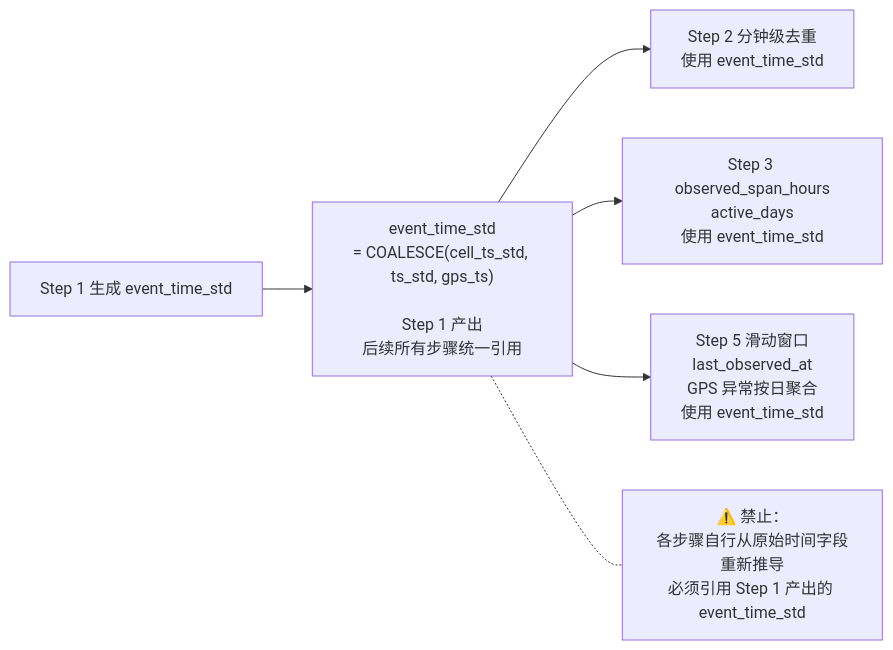
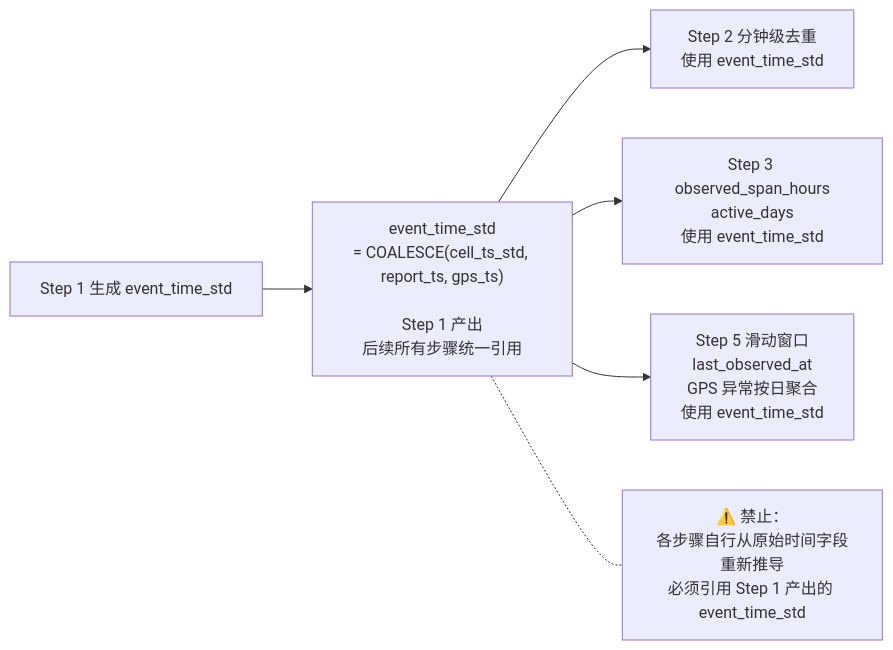
Before and after one commit to laoyang75/OptiNet: the tenth of 10 diagrams in rebuild5/docs/human_guide/06_核心约束与设计原则.md, drawn with Mermaid. The commit also changed 169 other files, not shown here.

````diff
--- a/rebuild5/docs/human_guide/06_核心约束与设计原则.md
+++ b/rebuild5/docs/human_guide/06_核心约束与设计原则.md
@@ -250,15 +250,15 @@
 ```mermaid
 graph LR
-    ET["event_time_std\n= COALESCE(cell_ts_std, ts_std, gps_ts)\n\nStep 1 产出\n后续所有步骤统一引用"]
+    ET["event_time_std\n= COALESCE(cell_ts_std, report_ts, gps_ts)\n\nStep 1 产出\n后续所有步骤统一引用"]
 
     S1["Step 1 生成 event_time_std"]
     S2_USE["Step 2 分钟级去重\n使用 event_time_std"]
     S3_USE["Step 3 observed_span_hours\nactive_days\n使用 event_time_std"]
     S5_USE["Step 5 滑动窗口\nlast_observed_at\nGPS 异常按日聚合\n使用 event_time_std"]
 
     S1 --> ET
     ET --> S2_USE & S3_USE & S5_USE
 
     WARNING["⚠️ 禁止：\n各步骤自行从原始时间字段重新推导\n必须引用 Step 1 产出的 event_time_std"]
     ET -.- WARNING
 ```
````
